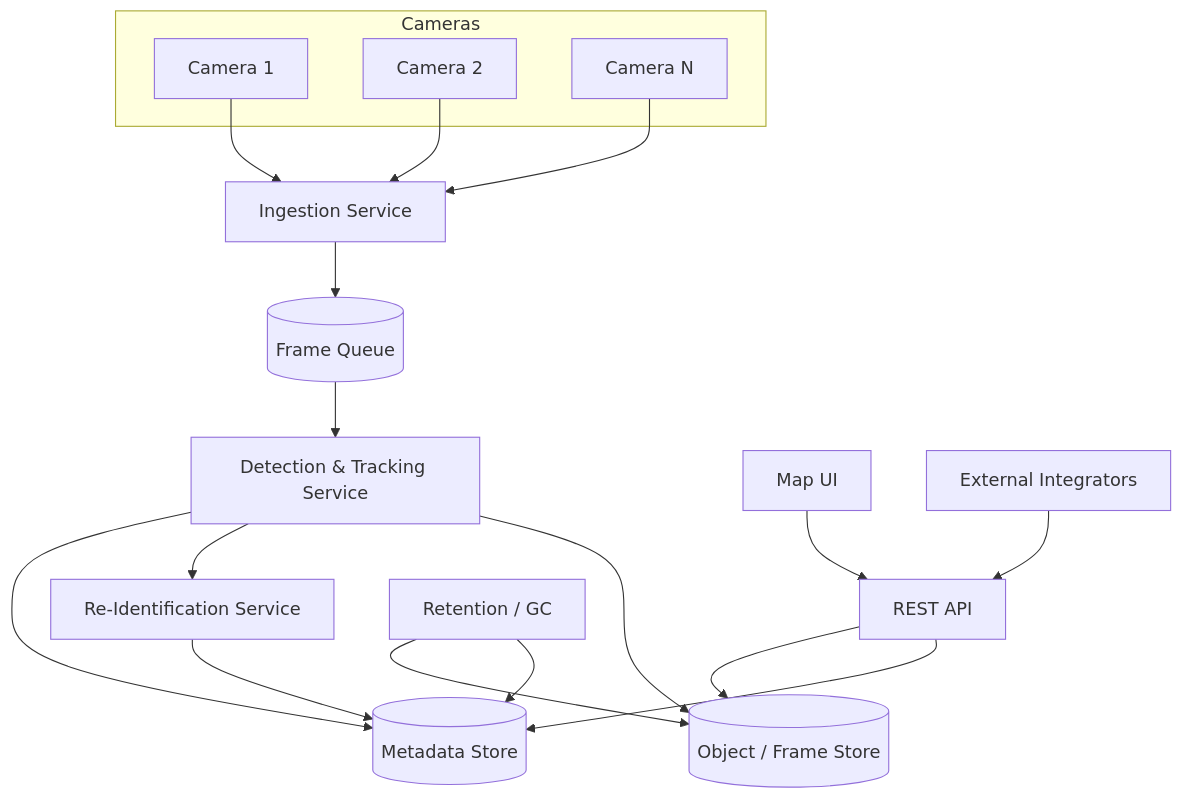
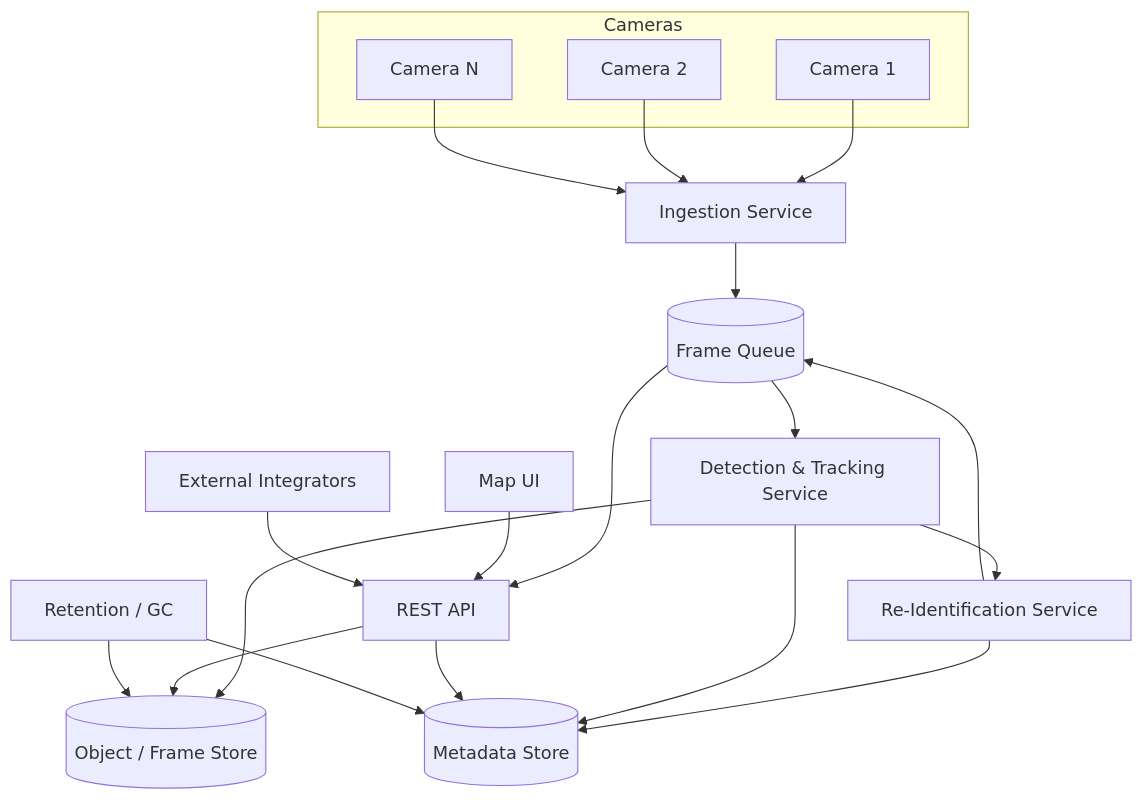
Before and after one commit to Chitresh-code/surveillance-platform: the first of 4 diagrams in docs/ARCHITECTURE.md, drawn with Mermaid. The commit also changed other lines of this file and 3 other files, not shown here.

````diff
--- a/docs/ARCHITECTURE.md
+++ b/docs/ARCHITECTURE.md
@@ -7,22 +7,24 @@
 ```mermaid
 flowchart TB
     subgraph Cameras
         C1[Camera 1]
         C2[Camera 2]
         C3[Camera N]
     end
 
     C1 & C2 & C3 --> ING[Ingestion Service]
     ING --> FQ[(Frame Queue)]
     FQ --> DET[Detection & Tracking Service]
     DET --> BLOB[(Object / Frame Store)]
     DET --> REID[Re-Identification Service]
     REID --> DB[(Metadata Store)]
     DET --> DB
     API[REST API] --> DB
     API --> BLOB
+    REID --> FQ
+    FQ --> API
     UI[Map UI] --> API
     INT[External Integrators] --> API
     GC[Retention / GC] --> DB
     GC --> BLOB
 ```
````
